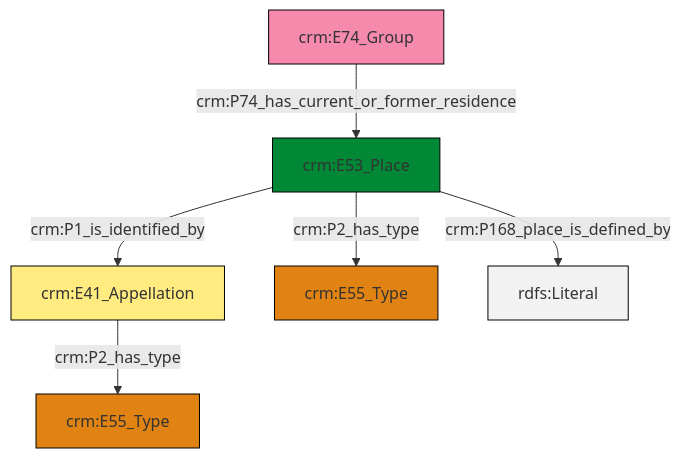
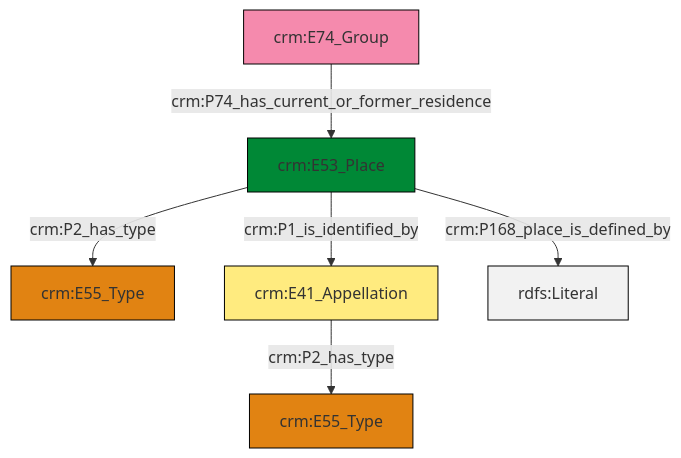
The diagram in et/groupCSV/ttl/mmd/group_location.ttl.mmd (swiss-art-research-net/docs.swissartresearch), drawn with Mermaid before and after one commit. The commit also changed 176 other files, not shown here.

```diff
--- a/et/groupCSV/ttl/mmd/group_location.ttl.mmd
+++ b/et/groupCSV/ttl/mmd/group_location.ttl.mmd
@@ -1,20 +1,20 @@
 graph TD
 classDef Literal fill:#f2f2f2,stroke:#000000;
 classDef CRM_Entity fill:#FFFFFF,stroke:#000000;
 classDef Temporal_Entity fill:#00C9E6, stroke:#000000;
 classDef Type fill:#E18312, stroke:#000000;
 classDef Time-Span fill:#2C9C91, stroke:#000000;
 classDef Appellation fill:#FFEB7F, stroke:#000000;
 classDef Place fill:#008836, stroke:#000000;
 classDef Persistent_Item fill:#B266B2, stroke:#000000;
 classDef Conceptual_Object fill:#FFD700, stroke:#000000;
 classDef Physical_Thing fill:#D2B48C, stroke:#000000;
 classDef Actor fill:#f58aad, stroke:#000000;
 classDef PC_Classes fill:#4ce600, stroke:#000000;
 classDef Multi fill:#cccccc,stroke:#000000;
 
-0["crm:E53_Place"]:::Place -->|crm:P2_has_type| 4["crm:E55_Type"]:::Type
-0["crm:E53_Place"]:::Place -->|crm:P168_place_is_defined_by| 8[rdfs:Literal]:::Literal
-0["crm:E53_Place"]:::Place -->|crm:P1_is_identified_by| 2["crm:E41_Appellation"]:::Appellation
-2["crm:E41_Appellation"]:::Appellation -->|crm:P2_has_type| 5["crm:E55_Type"]:::Type
-10["crm:E74_Group"]:::Actor -->|crm:P74_has_current_or_former_residence| 0["crm:E53_Place"]:::Place
+0["crm:E53_Place"]:::Place -->|crm:P2_has_type| 1["crm:E55_Type"]:::Type
+0["crm:E53_Place"]:::Place -->|crm:P168_place_is_defined_by| 6[rdfs:Literal]:::Literal
+4["crm:E41_Appellation"]:::Appellation -->|crm:P2_has_type| 7["crm:E55_Type"]:::Type
+9["crm:E74_Group"]:::Actor -->|crm:P74_has_current_or_former_residence| 0["crm:E53_Place"]:::Place
+0["crm:E53_Place"]:::Place -->|crm:P1_is_identified_by| 4["crm:E41_Appellation"]:::Appellation
```
